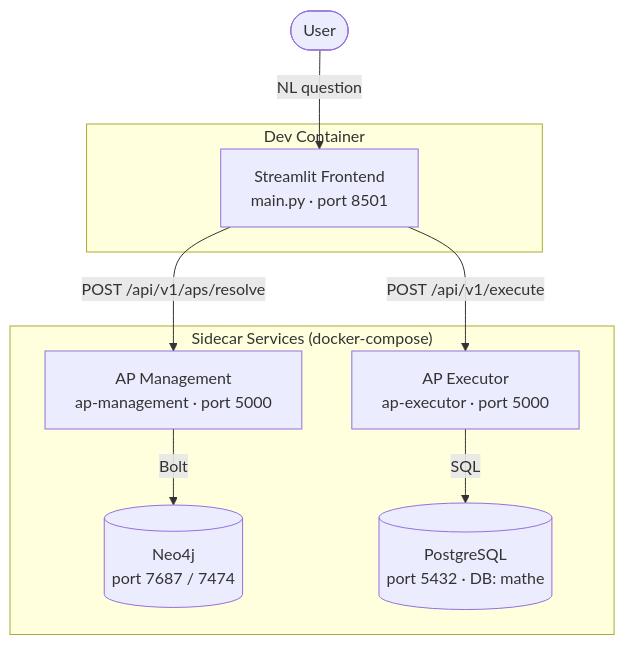
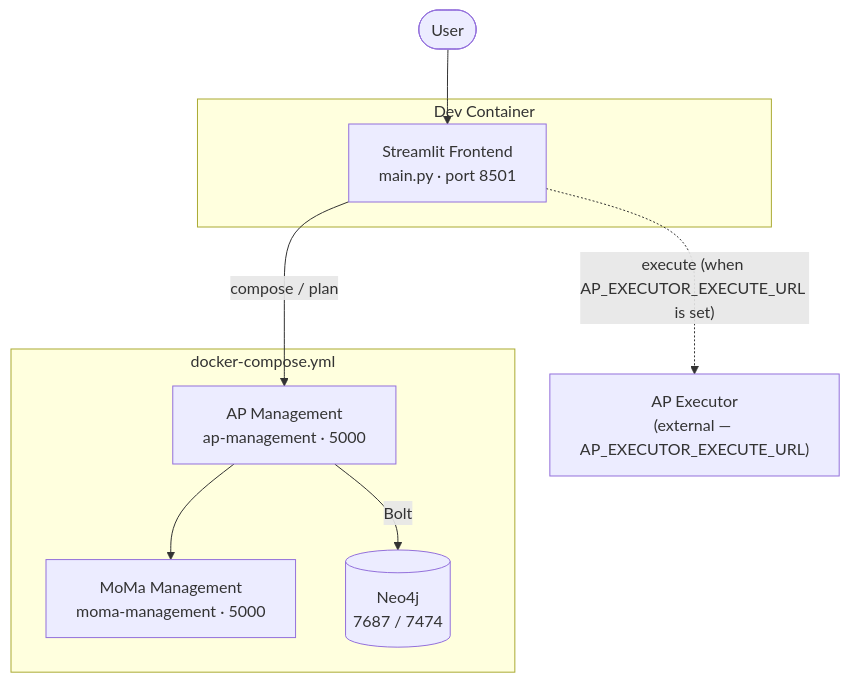
Before and after one commit to SoTrx/demo-ap-composition: the diagram in README.md, drawn with Mermaid. The commit also changed other lines of this file and 48 other files, not shown here.

````diff
--- a/README.md
+++ b/README.md
@@ -9,21 +22,22 @@
 ```mermaid
 graph TD
     User(["User"])
 
     subgraph devcontainer ["Dev Container"]
         Streamlit["Streamlit Frontend<br>main.py · port 8501"]
     end
 
-    subgraph services ["Sidecar Services (docker-compose)"]
-        APMgmt["AP Management<br>ap-management · port 5000"]
-        APExec["AP Executor<br>ap-executor · port 5000"]
-        Neo4j[("Neo4j<br>port 7687 / 7474")]
-        Postgres[("PostgreSQL<br>port 5432 · DB: mathe")]
+    subgraph base ["docker-compose.yml"]
+        APMgmt["AP Management<br>ap-management · 5000"]
+        Moma["MoMa Management<br>moma-management · 5000"]
+        Neo4j[("Neo4j<br>7687 / 7474")]
     end
 
-    User -->|"NL question"| Streamlit
-    Streamlit -->|"POST /api/v1/aps/resolve"| APMgmt
+    APExec["AP Executor<br>(external — AP_EXECUTOR_EXECUTE_URL)"]
+
+    User --> Streamlit
+    Streamlit -->|"compose / plan"| APMgmt
     APMgmt -->|"Bolt"| Neo4j
-    Streamlit -->|"POST /api/v1/execute"| APExec
-    APExec -->|"SQL"| Postgres
+    APMgmt --> Moma
+    Streamlit -.->|"execute (when AP_EXECUTOR_EXECUTE_URL is set)"| APExec
 ```
````
